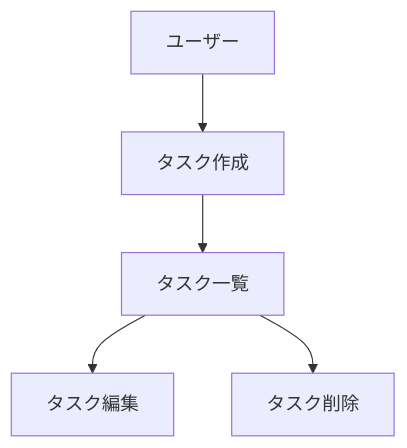
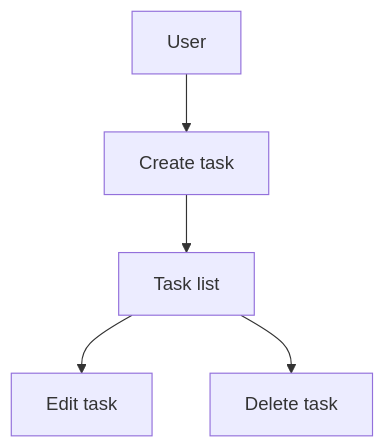
One commit to pn-ap-hayakaze/hayakaze_sim changed the diagram in CLAUDE.md. Above: the diagram before and after it, drawn with Mermaid. The commit also changed other lines of this file and 3 other files, not shown here.

````diff
--- a/CLAUDE.md
+++ b/CLAUDE.md
@@ -212,7 +219,7 @@
 ```mermaid
 graph TD
-    A[ユーザー] --> B[タスク作成]
-    B --> C[タスク一覧]
-    C --> D[タスク編集]
-    C --> E[タスク削除]
+    A[User] --> B[Create task]
+    B --> C[Task list]
+    C --> D[Edit task]
+    C --> E[Delete task]
 ```
````
